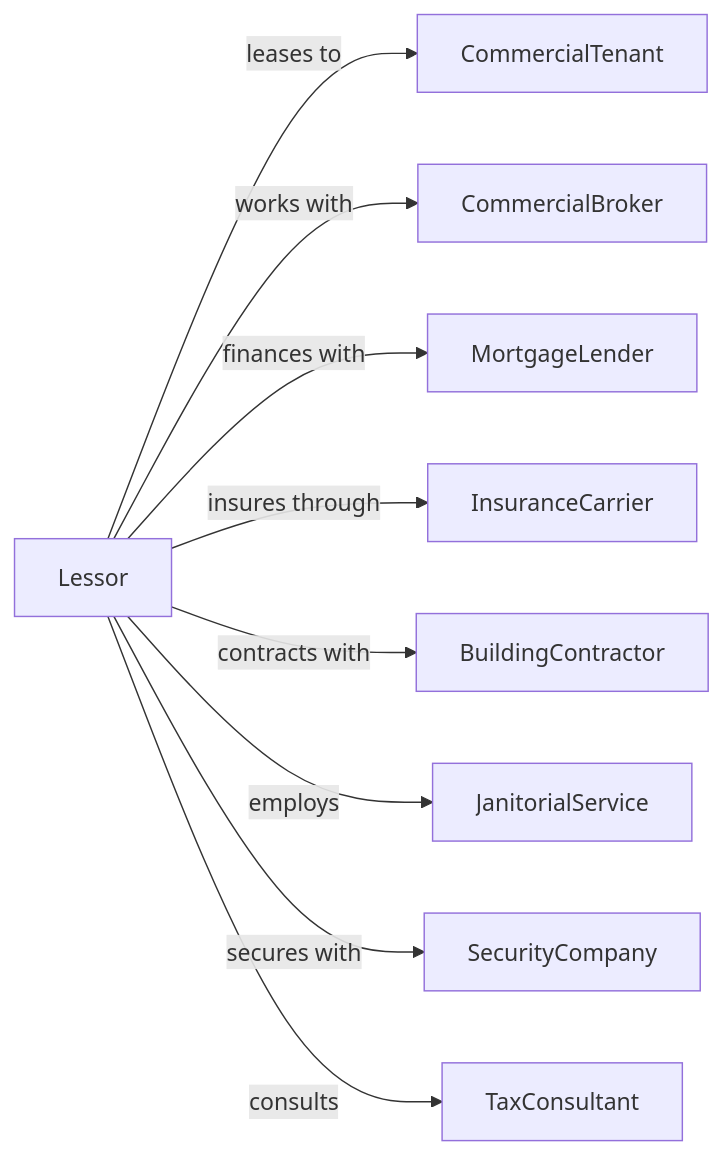
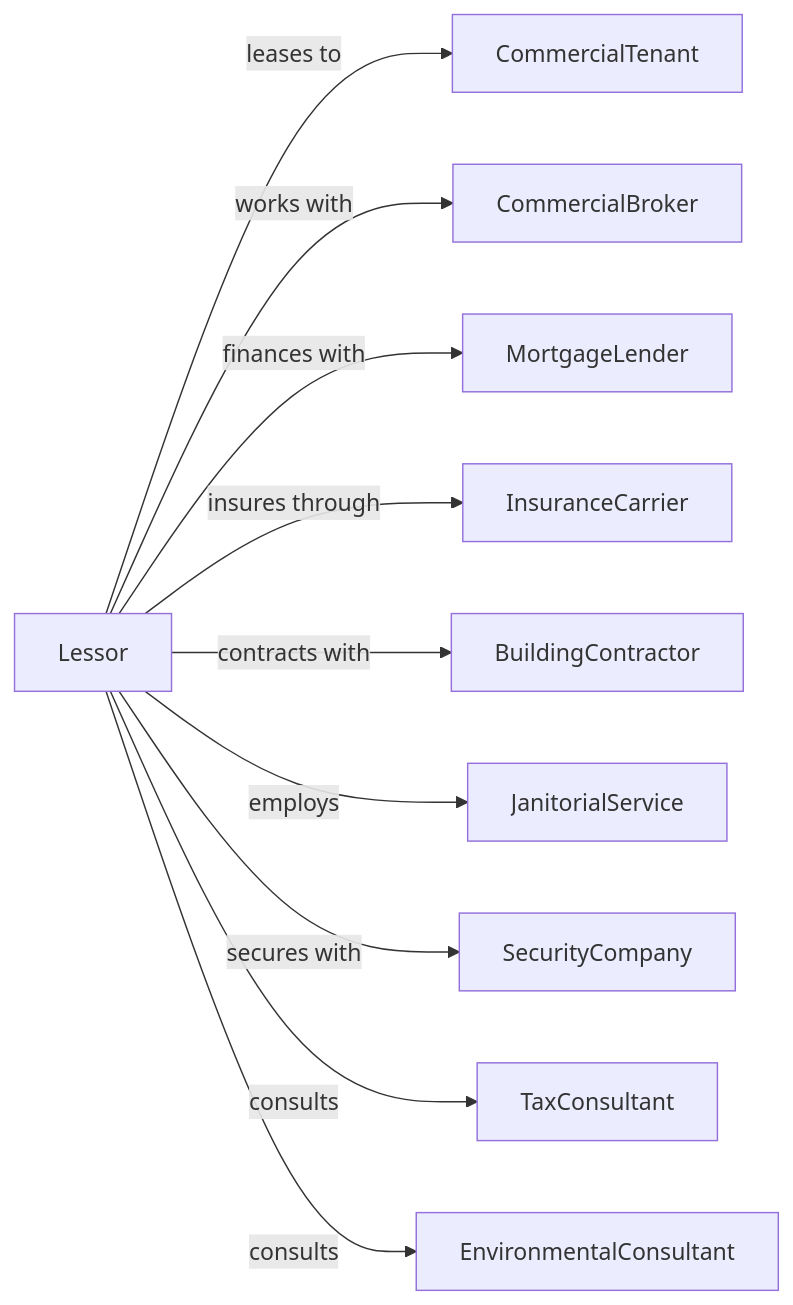
The second of 2 diagrams in RealEstate/RealEstate/LessorsOfRealEstate/LessorsOfNonresidentialBuildingsExceptMiniwarehouses.mdx (dot-org-ai/industries.org.ai), drawn with Mermaid before and after one commit. The commit also changed other lines of this file and 588 other files, not shown here.

````diff
--- a/RealEstate/RealEstate/LessorsOfRealEstate/LessorsOfNonresidentialBuildingsExceptMiniwarehouses.mdx
+++ b/RealEstate/RealEstate/LessorsOfRealEstate/LessorsOfNonresidentialBuildingsExceptMiniwarehouses.mdx
@@ -136,13 +136,14 @@
 ```mermaid
 graph LR
     L[Lessor]
 
     L -->|leases to| CommercialTenant
     L -->|works with| CommercialBroker
     L -->|finances with| MortgageLender
     L -->|insures through| InsuranceCarrier
     L -->|contracts with| BuildingContractor
     L -->|employs| JanitorialService
     L -->|secures with| SecurityCompany
     L -->|consults| TaxConsultant
+    L -->|consults| EnvironmentalConsultant
 ```
````
